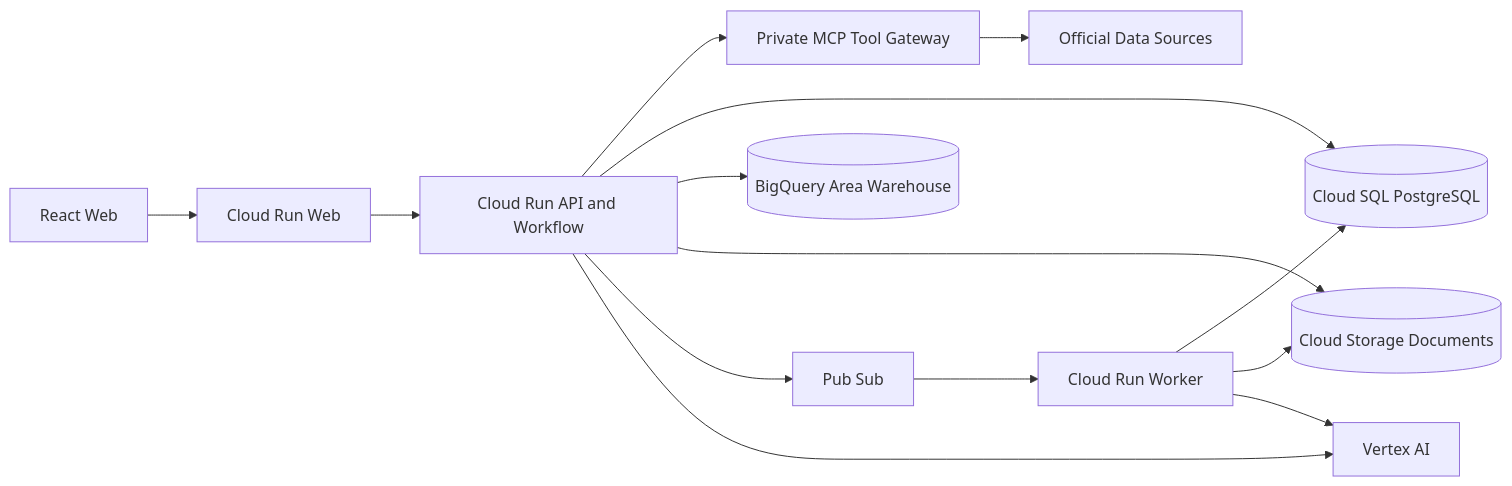
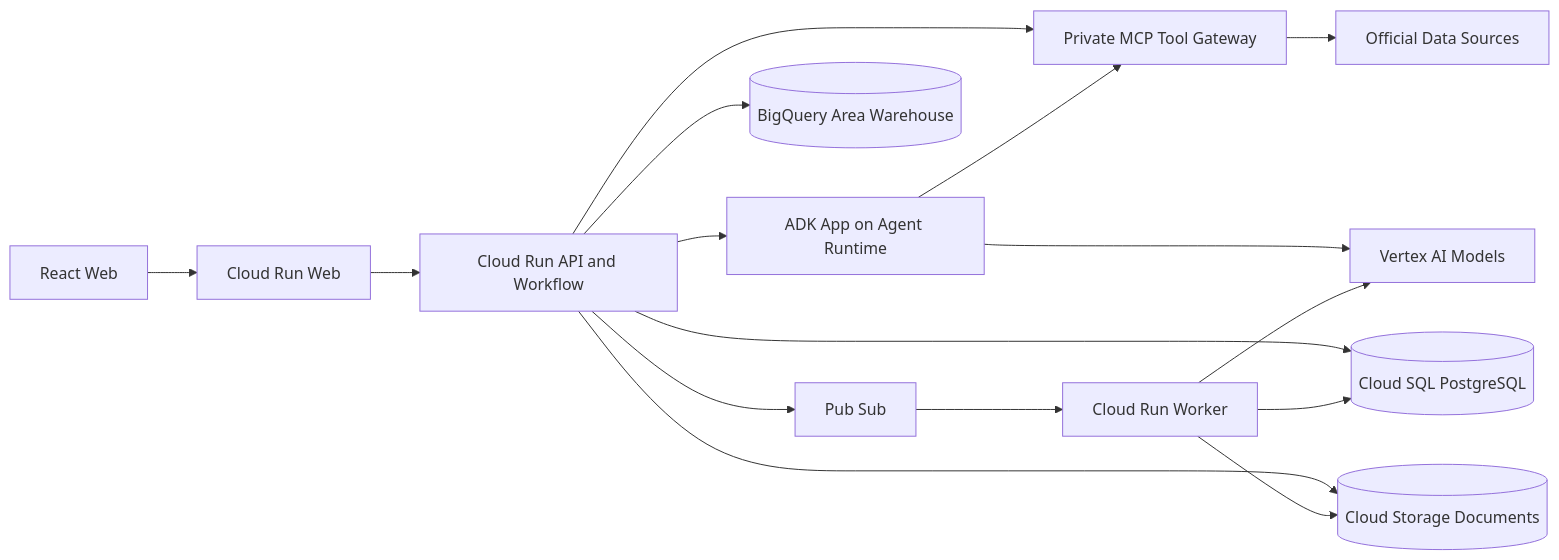
The diagram in docs/architecture/system-architecture.md (ai-bootcamp-team4/CaffeMate), drawn with Mermaid before and after one commit. The commit also changed other lines of this file and 4 other files, not shown here.

Commit message:
docs: confirm individual founder GCP architecture

````diff
--- a/docs/architecture/system-architecture.md
+++ b/docs/architecture/system-architecture.md
@@ -23,16 +34,18 @@
 ```mermaid
 flowchart LR
     web[React Web] --> webRun[Cloud Run Web]
     webRun --> api[Cloud Run API and Workflow]
+    api --> agents[ADK App on Agent Runtime]
     api --> mcp[Private MCP Tool Gateway]
+    agents --> mcp
     api --> postgres[(Cloud SQL PostgreSQL)]
     api --> warehouse[(BigQuery Area Warehouse)]
     api --> storage[(Cloud Storage Documents)]
     api --> pubsub[Pub Sub]
     pubsub --> worker[Cloud Run Worker]
     worker --> postgres
     worker --> storage
-    api --> vertex[Vertex AI]
+    agents --> vertex[Vertex AI Models]
     worker --> vertex
     mcp --> official[Official Data Sources]
 ```
````
